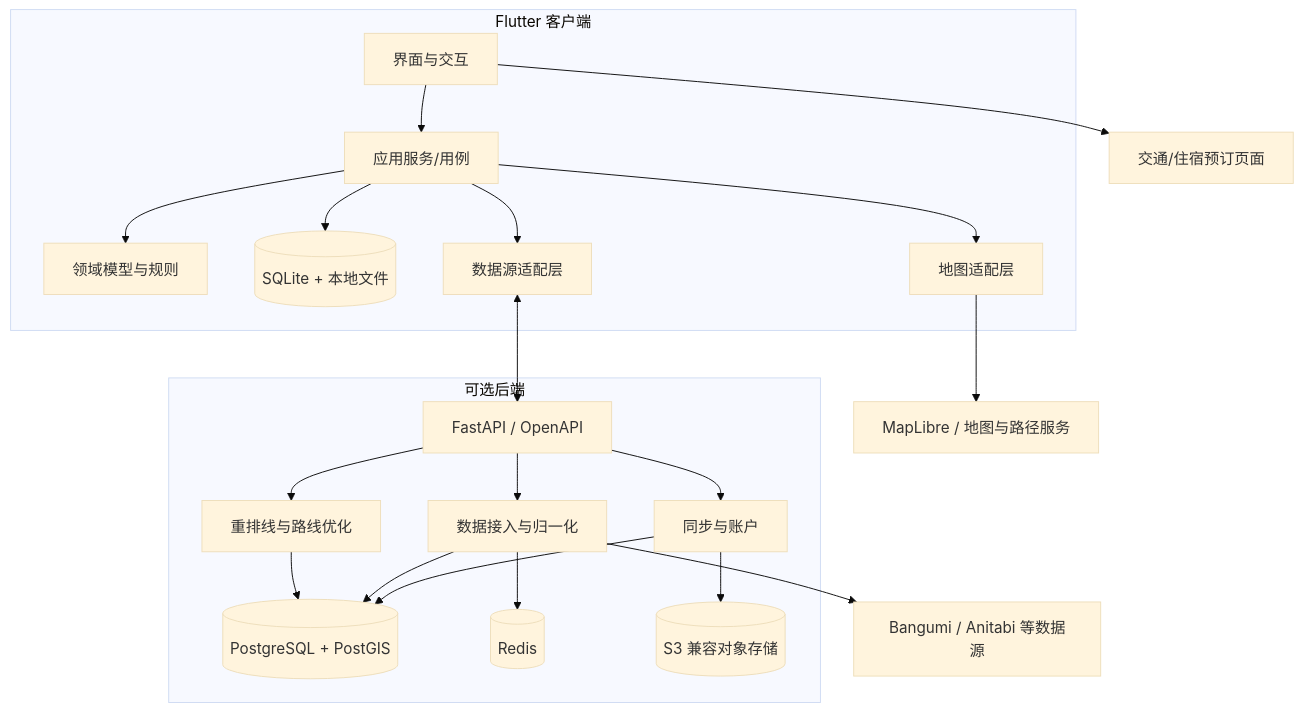
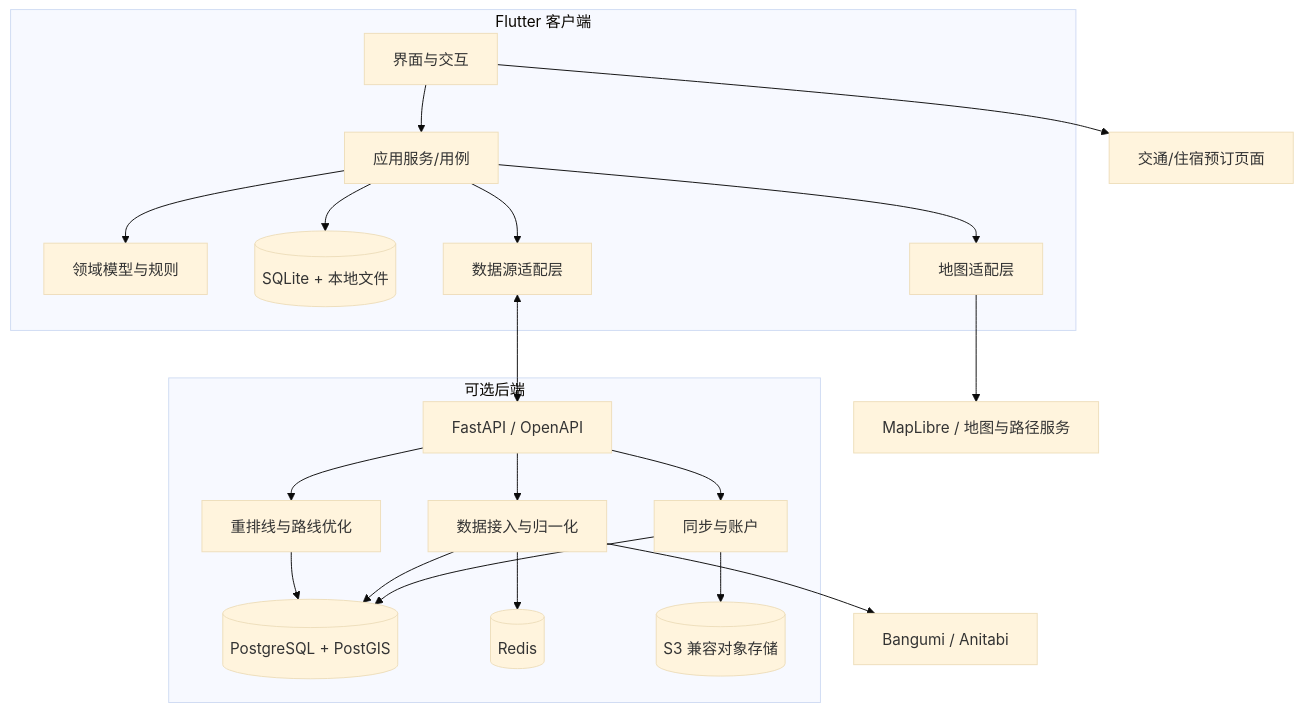
Before and after one commit to 404-GCross/ENikki: the diagram in docs/IMPLEMENTATION_PLAN.md, drawn with Mermaid (base theme). The commit also changed other lines of this file and 3 other files, not shown here.

````diff
--- a/docs/IMPLEMENTATION_PLAN.md
+++ b/docs/IMPLEMENTATION_PLAN.md
@@ -53,42 +53,42 @@
 ```mermaid
 flowchart TB
     subgraph Client[Flutter 客户端]
         UI[界面与交互]
         APP[应用服务/用例]
         DOMAIN[领域模型与规则]
         LOCAL[(SQLite + 本地文件)]
         MAP[地图适配层]
         SOURCE[数据源适配层]
     end
 
     subgraph Server[可选后端]
         API[FastAPI / OpenAPI]
         SYNC[同步与账户]
         ETL[数据接入与归一化]
         ROUTE[重排线与路线优化]
         DB[(PostgreSQL + PostGIS)]
         CACHE[(Redis)]
         OBJ[(S3 兼容对象存储)]
     end
 
-    EXT1[Bangumi / Anitabi 等数据源]
+    EXT1[Bangumi / Anitabi]
     EXT2[MapLibre / 地图与路径服务]
     EXT3[交通/住宿预订页面]
 
     UI --> APP --> DOMAIN
     APP --> LOCAL
     APP --> MAP
     APP --> SOURCE
     SOURCE <--> API
     API --> SYNC
     API --> ETL
     API --> ROUTE
     SYNC --> DB
     SYNC --> OBJ
     ETL --> EXT1
     ETL --> DB
     ETL --> CACHE
     ROUTE --> DB
     MAP --> EXT2
     UI --> EXT3
 ```
````
